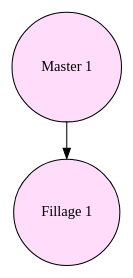
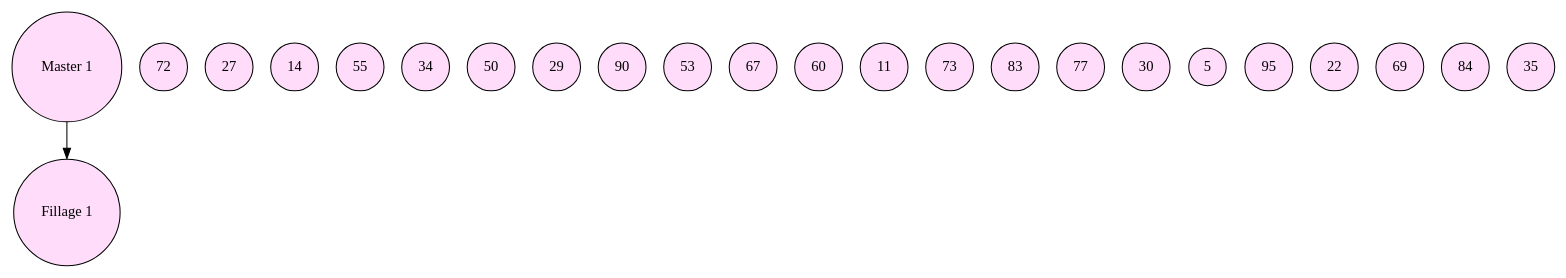
The diagram in api/ressources/graphs/graph.gv (Saperlu/Graphvizeract), drawn with Graphviz before and after one commit. The commit also changed 7 other files, not shown here.

```diff
--- a/api/ressources/graphs/graph.gv
+++ b/api/ressources/graphs/graph.gv
@@ -1,13 +1,41 @@
 /* x.gv */
 digraph mainmap {
 	node [
 		shape = circle
 		style = filled
 		fillcolor = "#FEDCFA"
 	]
+//START nodes
+	"Master 1"
+	"Fillage 1"
+	"72"
+	"27"
+	"14"
+	"55"
+	"34"
+	"50"
+	"29"
+	"90"
+	"53"
+	"67"
+	"60"
+	"11"
+	"73"
+	"83"
+	"77"
+	"30"
+	"34"
+	"5"
+	"95"
+	"22"
+	"69"
+	"84"
+	"35"
+//END nodes
 
+//edges
 
 	"Master 1" -> "Fillage 1"
 	
 
 }
```
